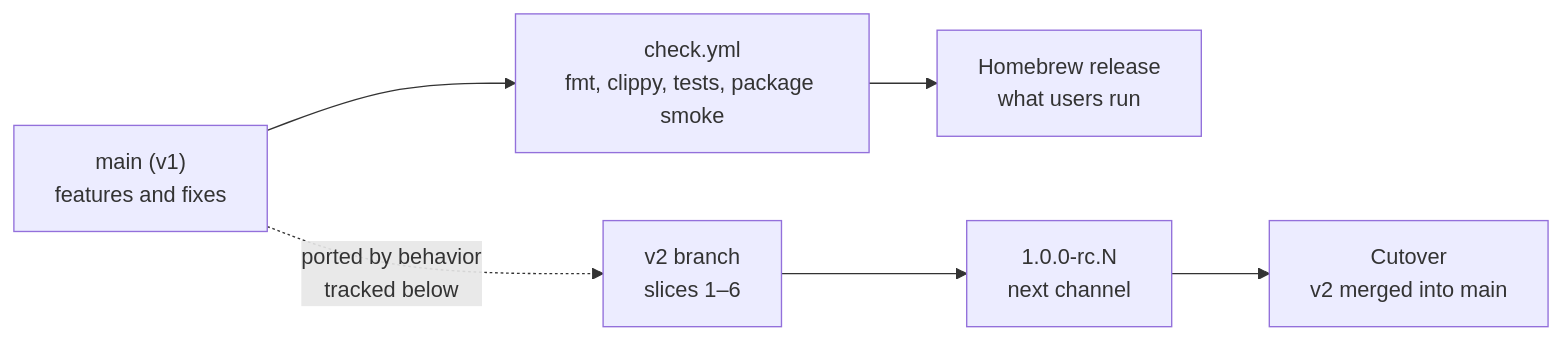
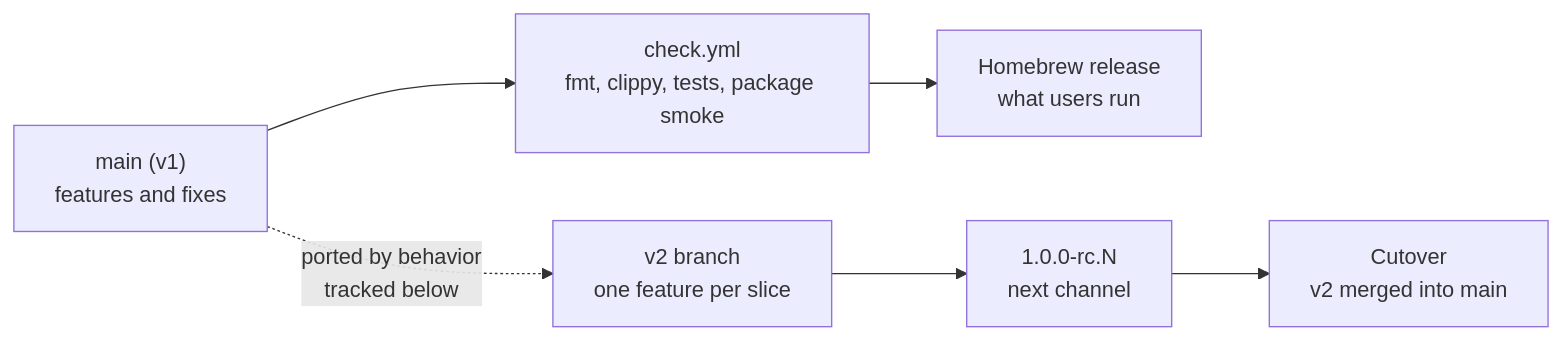
The second of 16 diagrams in docs/plans/pluggability.md (StevenJPx2/chauffeur), drawn with Mermaid before and after one commit. The commit also changed other lines of this file and 22 other files, not shown here.

````diff
--- a/docs/plans/pluggability.md
+++ b/docs/plans/pluggability.md
@@ -55,8 +70,8 @@
 ```mermaid
 flowchart LR
     Main["main (v1)<br/>features and fixes"] --> CI["check.yml<br/>fmt, clippy, tests, package smoke"]
     CI --> Brew["Homebrew release<br/>what users run"]
-    Main -. "ported by behavior<br/>tracked below" .-> V2["v2 branch<br/>slices 1–6"]
+    Main -. "ported by behavior<br/>tracked below" .-> V2["v2 branch<br/>one feature per slice"]
     V2 --> RC["1.0.0-rc.N<br/>next channel"]
     RC --> Cut["Cutover<br/>v2 merged into main"]
 ```
````
